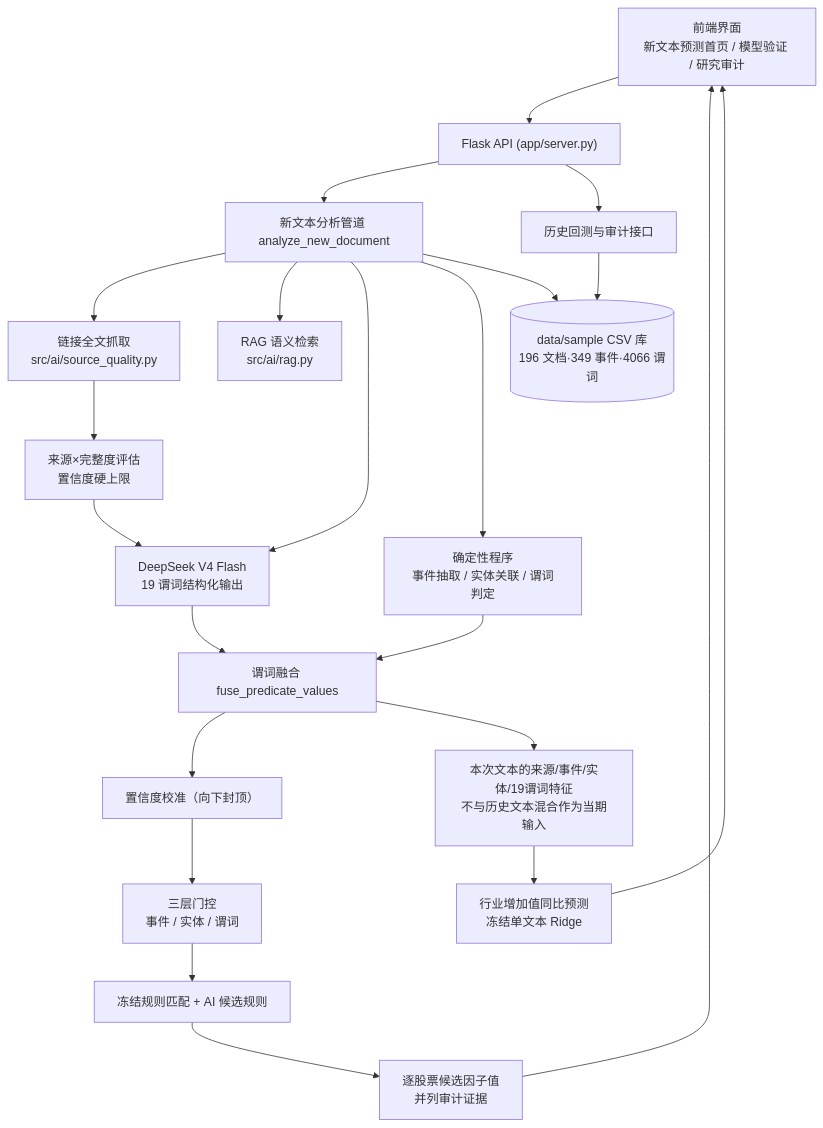
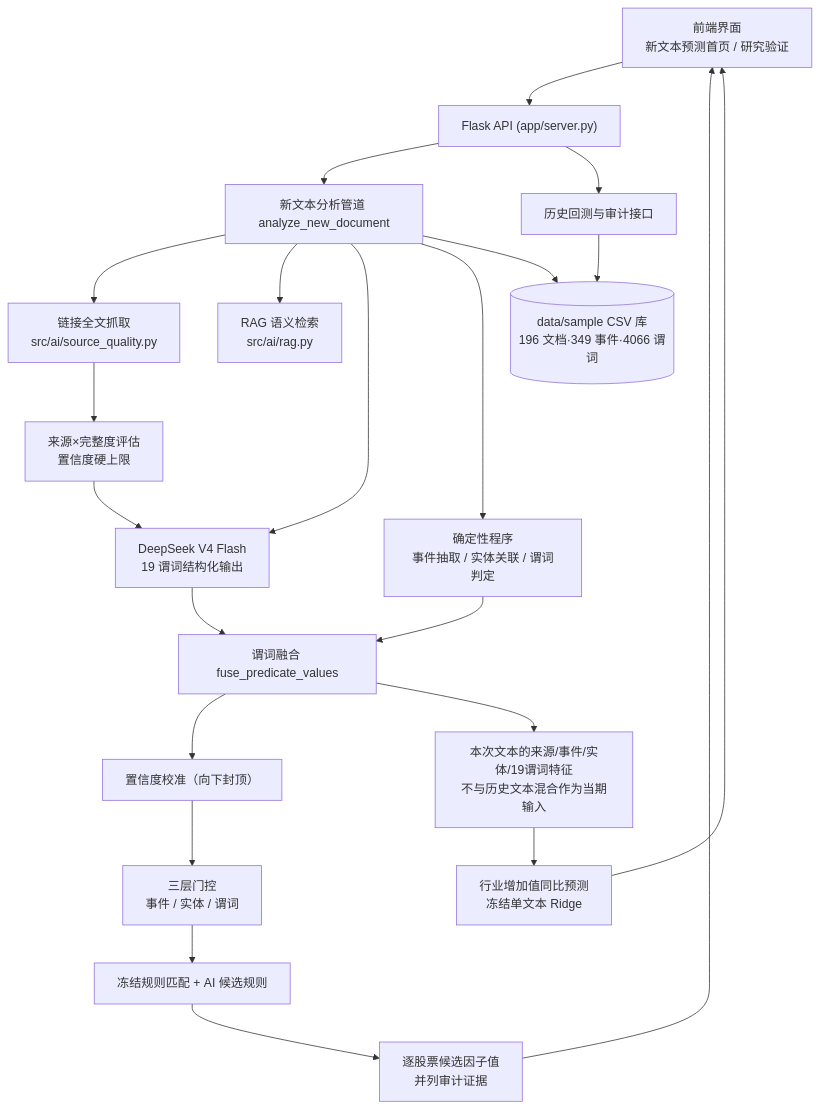
One commit to chiiiiiiing/Gonghangbei changed the diagram in README.md. Above: the diagram before and after it, drawn with Mermaid. The commit also changed other lines of this file and 6 other files, not shown here.

````diff
--- a/README.md
+++ b/README.md
@@ -66,27 +66,27 @@
 ```mermaid
 flowchart TD
-    UI["前端界面<br/>新文本预测首页 / 模型验证 / 研究审计"] --> API["Flask API (app/server.py)"]
+    UI["前端界面<br/>新文本预测首页 / 研究验证"] --> API["Flask API (app/server.py)"]
     API --> LIVE["新文本分析管道 analyze_new_document"]
     API --> HIST["历史回测与审计接口"]
 
     LIVE --> FETCH["链接全文抓取<br/>src/ai/source_quality.py"]
     LIVE --> RAG["RAG 语义检索<br/>src/ai/rag.py"]
     LIVE --> AI["DeepSeek V4 Flash<br/>19 谓词结构化输出"]
     LIVE --> DET["确定性程序<br/>事件抽取 / 实体关联 / 谓词判定"]
 
     FETCH --> QUALITY["来源×完整度评估<br/>置信度硬上限"]
     QUALITY --> AI
     AI --> FUSE["谓词融合 fuse_predicate_values"]
     DET --> FUSE
     FUSE --> CAL["置信度校准（向下封顶）"]
     CAL --> GATE["三层门控<br/>事件 / 实体 / 谓词"]
     GATE --> RULE["冻结规则匹配 + AI 候选规则"]
     RULE --> FACTOR["逐股票候选因子值<br/>并列审计证据"]
     FUSE --> SINGLE["本次文本的来源/事件/实体/19谓词特征<br/>不与历史文本混合作为当期输入"]
     SINGLE --> PREDICT["行业增加值同比预测<br/>冻结单文本 Ridge"]
 
     LIVE --> CSV[("data/sample CSV 库<br/>196 文档·349 事件·4066 谓词")]
     HIST --> CSV
     FACTOR --> UI
     PREDICT --> UI
 ```
````
